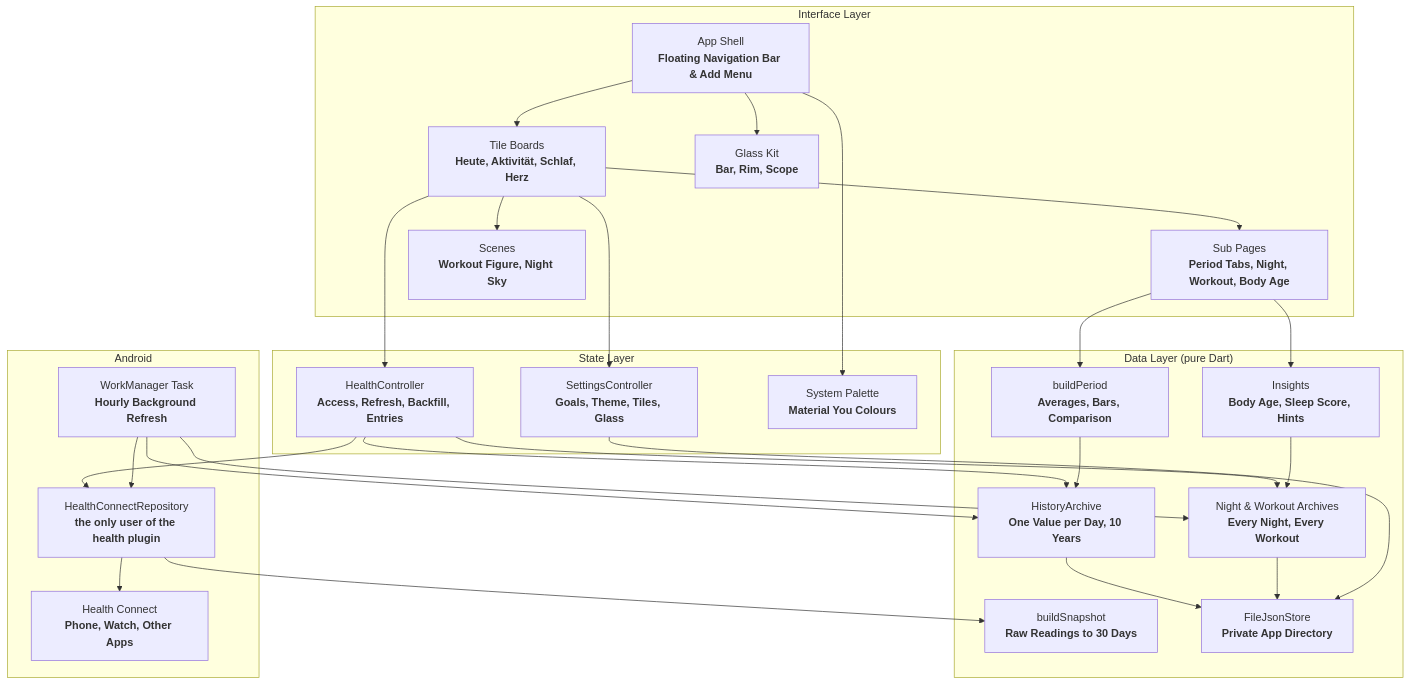
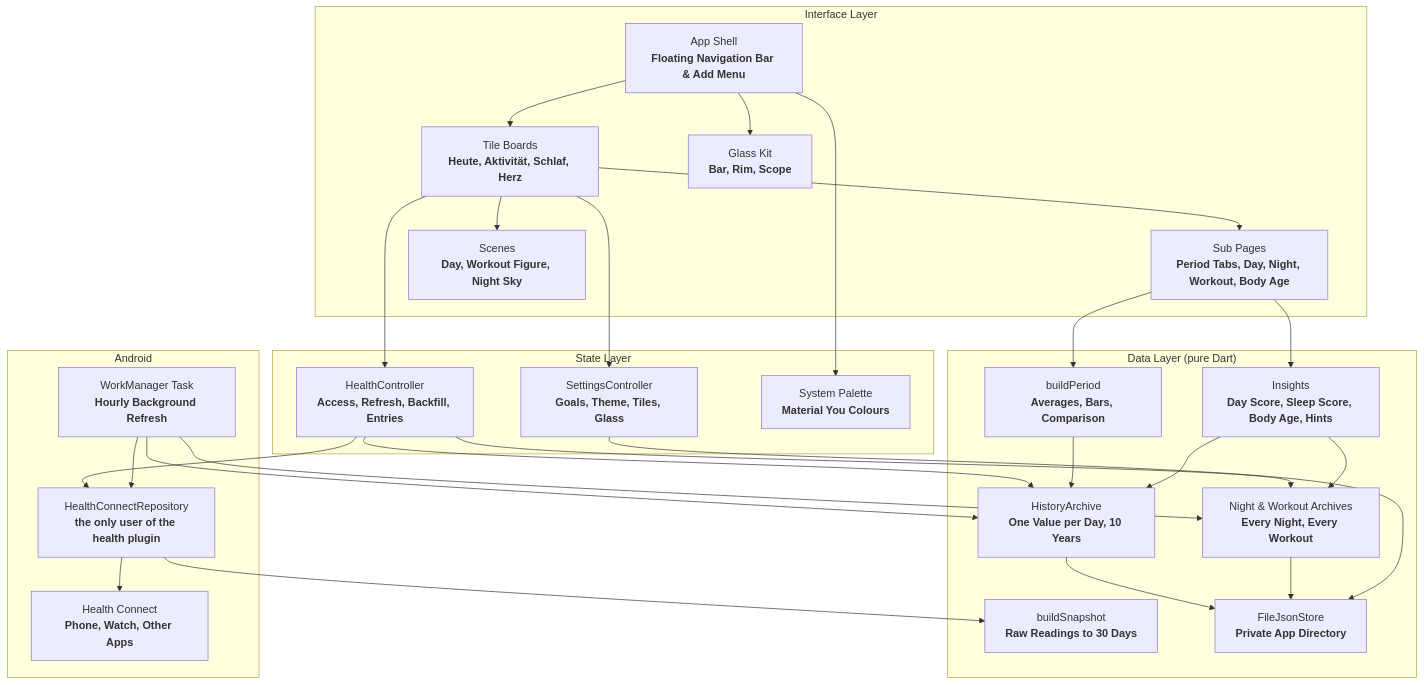
One commit to tomsliikee/pulse changed the first of 2 diagrams in README.md. Above: the diagram before and after it, drawn with Mermaid. The commit also changed other lines of this file and 63 other files, not shown here.

First line of the commit message:
feat: rework Today around a day score, goals and day pages

````diff
--- a/README.md
+++ b/README.md
@@ -44,54 +44,55 @@
 ```mermaid
 flowchart TD
     subgraph UI ["Interface Layer"]
         Shell["App Shell<br/><b>Floating Navigation Bar & Add Menu</b>"]
         Boards["Tile Boards<br/><b>Heute, Aktivität, Schlaf, Herz</b>"]
-        Detail["Sub Pages<br/><b>Period Tabs, Night, Workout, Body Age</b>"]
-        Scenes["Scenes<br/><b>Workout Figure, Night Sky</b>"]
+        Detail["Sub Pages<br/><b>Period Tabs, Day, Night, Workout, Body Age</b>"]
+        Scenes["Scenes<br/><b>Day, Workout Figure, Night Sky</b>"]
         Glass["Glass Kit<br/><b>Bar, Rim, Scope</b>"]
     end
 
     subgraph State ["State Layer"]
         HealthCtrl["HealthController<br/><b>Access, Refresh, Backfill, Entries</b>"]
         SettingsCtrl["SettingsController<br/><b>Goals, Theme, Tiles, Glass</b>"]
         Palette["System Palette<br/><b>Material You Colours</b>"]
     end
 
     subgraph Data ["Data Layer (pure Dart)"]
         Builder["buildSnapshot<br/><b>Raw Readings to 30 Days</b>"]
         Period["buildPeriod<br/><b>Averages, Bars, Comparison</b>"]
-        Insights["Insights<br/><b>Body Age, Sleep Score, Hints</b>"]
+        Insights["Insights<br/><b>Day Score, Sleep Score, Body Age, Hints</b>"]
         History["HistoryArchive<br/><b>One Value per Day, 10 Years</b>"]
         Archives["Night & Workout Archives<br/><b>Every Night, Every Workout</b>"]
         Store["FileJsonStore<br/><b>Private App Directory</b>"]
     end
 
     subgraph Device ["Android"]
         Repo["HealthConnectRepository<br/><b>the only user of the health plugin</b>"]
         HC["Health Connect<br/><b>Phone, Watch, Other Apps</b>"]
         Worker["WorkManager Task<br/><b>Hourly Background Refresh</b>"]
     end
 
     Shell --> Boards
     Shell --> Glass
     Boards --> Detail
     Boards --> Scenes
     Boards --> HealthCtrl
     Boards --> SettingsCtrl
     Detail --> Period
     Detail --> Insights
     Shell --> Palette
     HealthCtrl --> Repo
     HealthCtrl --> History
     HealthCtrl --> Archives
     Repo --> Builder
     Repo --> HC
     Worker --> Repo
     Worker --> History
     Worker --> Archives
     Period --> History
     Insights --> Archives
+    Insights --> History
     History --> Store
     Archives --> Store
     SettingsCtrl --> Store
 ```
````
